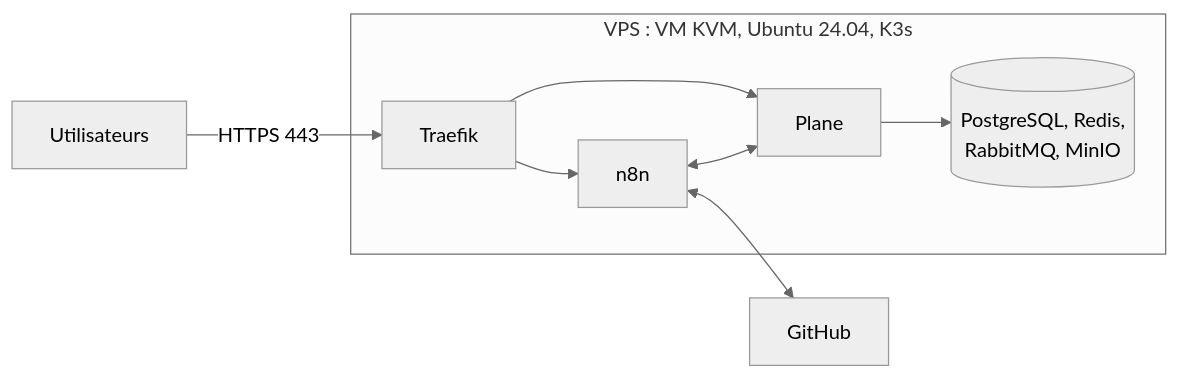
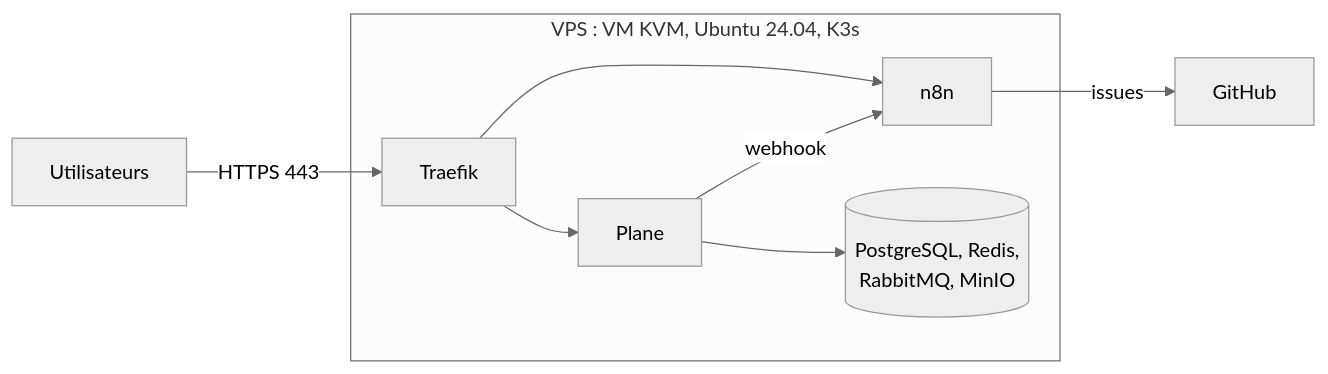
Before and after one commit to NHBakli/ProjectOS: the diagram in README.md, drawn with Mermaid (neutral theme). The commit also changed other lines of this file and 9 other files, not shown here.

First line of the commit message:
Workflow n8n Plane → GitHub : routage par label vers les dépôts Flowly-PBS

````diff
--- a/README.md
+++ b/README.md
@@ -42,15 +44,15 @@
 ```mermaid
 flowchart LR
     U[Utilisateurs] -->|HTTPS 443| T[Traefik]
     T --> P[Plane]
     T --> N[n8n]
     P --> D[(PostgreSQL, Redis,<br/>RabbitMQ, MinIO)]
-    N <--> G[GitHub]
-    N <--> P
+    P -->|webhook| N
+    N -->|issues| G[GitHub]
     subgraph VPS["VPS : VM KVM, Ubuntu 24.04, K3s"]
       T
       P
       N
       D
     end
 ```
````
